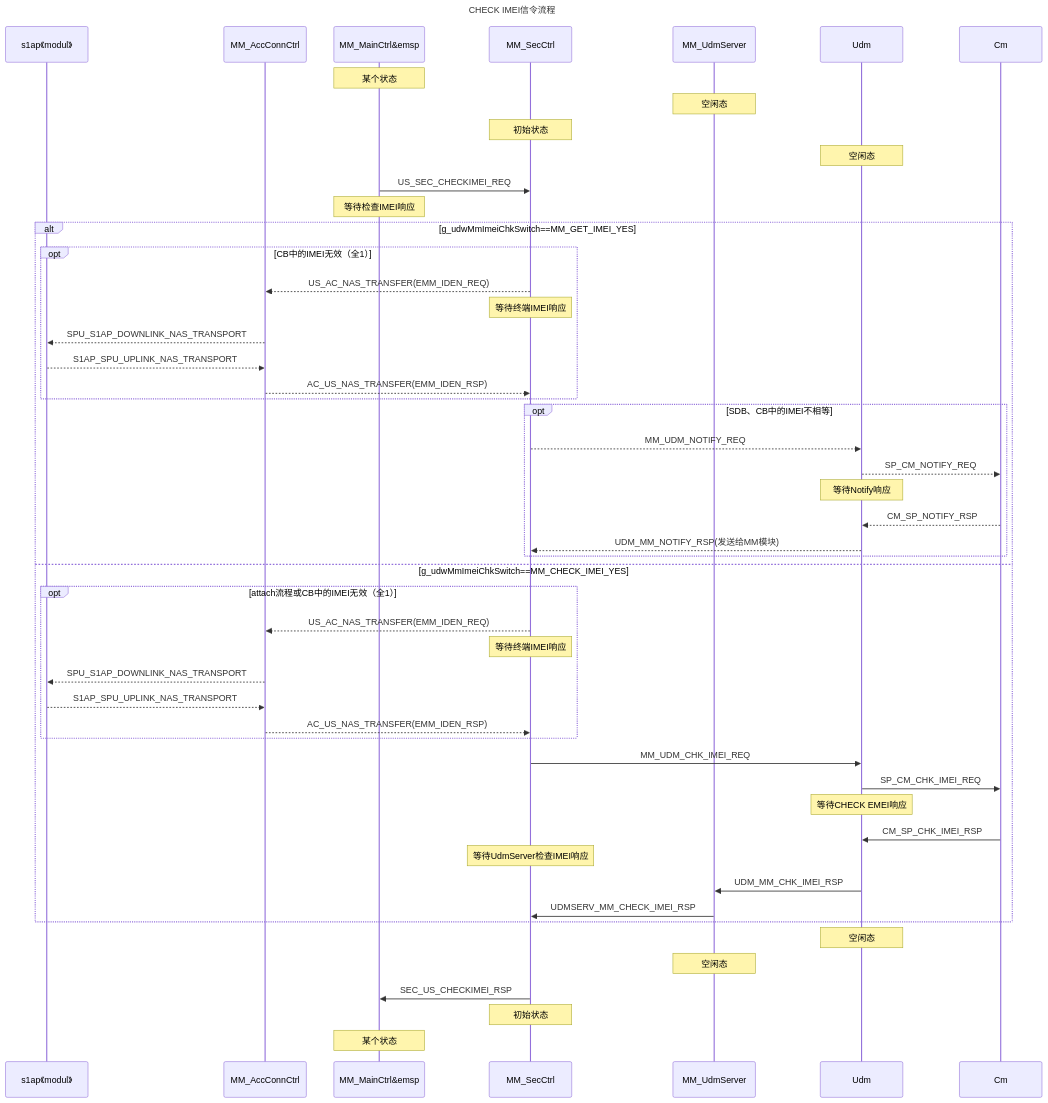
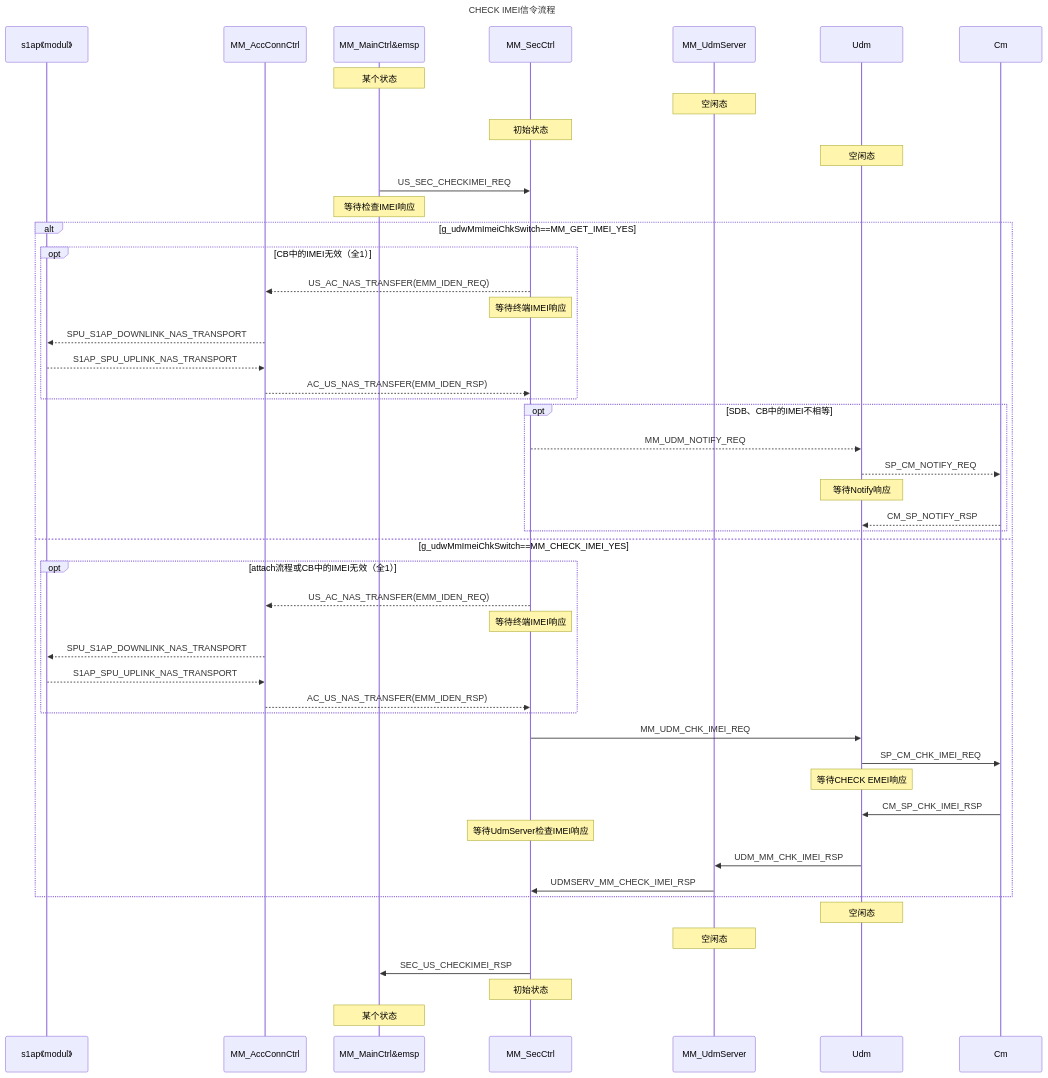
One commit to liao20081228/blog changed the fourth of 5 diagrams in 4G/SMC与CHECK EMEI.md. Above: the diagram before and after it, drawn with Mermaid. The commit also changed other lines of this file, not shown here.

````diff
--- a/4G/SMC与CHECK EMEI.md
+++ b/4G/SMC与CHECK EMEI.md
@@ -134,60 +134,59 @@
 ```mermaid!
 sequenceDiagram
 
 title: CHECK IMEI信令流程
 participant s1 as s1ap《modul》
 participant A as MM_AccConnCtrl
 participant M as MM_MainCtrl&emsp;
 participant S as MM_SecCtrl
 participant US as MM_UdmServer
 participant U as Udm
 participant C as Cm
 
 note over M: 某个状态
 note over US:空闲态
 note over S: 初始状态
 note over U:空闲态
 M->>S:US_SEC_CHECKIMEI_REQ
 note over M:等待检查IMEI响应
 
 alt g_udwMmImeiChkSwitch==MM_GET_IMEI_YES
 opt CB中的IMEI无效（全1）
 S-->>A:US_AC_NAS_TRANSFER(EMM_IDEN_REQ)
 note over S:等待终端IMEI响应
 A-->>s1:SPU_S1AP_DOWNLINK_NAS_TRANSPORT
 s1-->>A:S1AP_SPU_UPLINK_NAS_TRANSPORT
 A-->>S:AC_US_NAS_TRANSFER(EMM_IDEN_RSP)
 end
 opt  SDB、CB中的IMEI不相等
 S-->>U:MM_UDM_NOTIFY_REQ
 U-->>C:SP_CM_NOTIFY_REQ
 note over U:等待Notify响应
 C-->>U:CM_SP_NOTIFY_RSP
-U-->>S:UDM_MM_NOTIFY_RSP(发送给MM模块)
 end
 
 else g_udwMmImeiChkSwitch==MM_CHECK_IMEI_YES
 opt attach流程或CB中的IMEI无效（全1）
 S-->>A:US_AC_NAS_TRANSFER(EMM_IDEN_REQ)
 note over S:等待终端IMEI响应
 A-->>s1:SPU_S1AP_DOWNLINK_NAS_TRANSPORT
 s1-->>A:S1AP_SPU_UPLINK_NAS_TRANSPORT
 A-->>S:AC_US_NAS_TRANSFER(EMM_IDEN_RSP)
 end
 S->>U:MM_UDM_CHK_IMEI_REQ
 U->>C:SP_CM_CHK_IMEI_REQ
 note over U:等待CHECK EMEI响应
 C->>U:CM_SP_CHK_IMEI_RSP
 note over S:等待UdmServer检查IMEI响应
 U->>US:UDM_MM_CHK_IMEI_RSP
 US->>S:UDMSERV_MM_CHECK_IMEI_RSP
 
 end
 note over U:空闲态
 note over US:空闲态
 S->>M:SEC_US_CHECKIMEI_RSP
 note over S:初始状态
 note over M:某个状态
 
 
 ```
````
